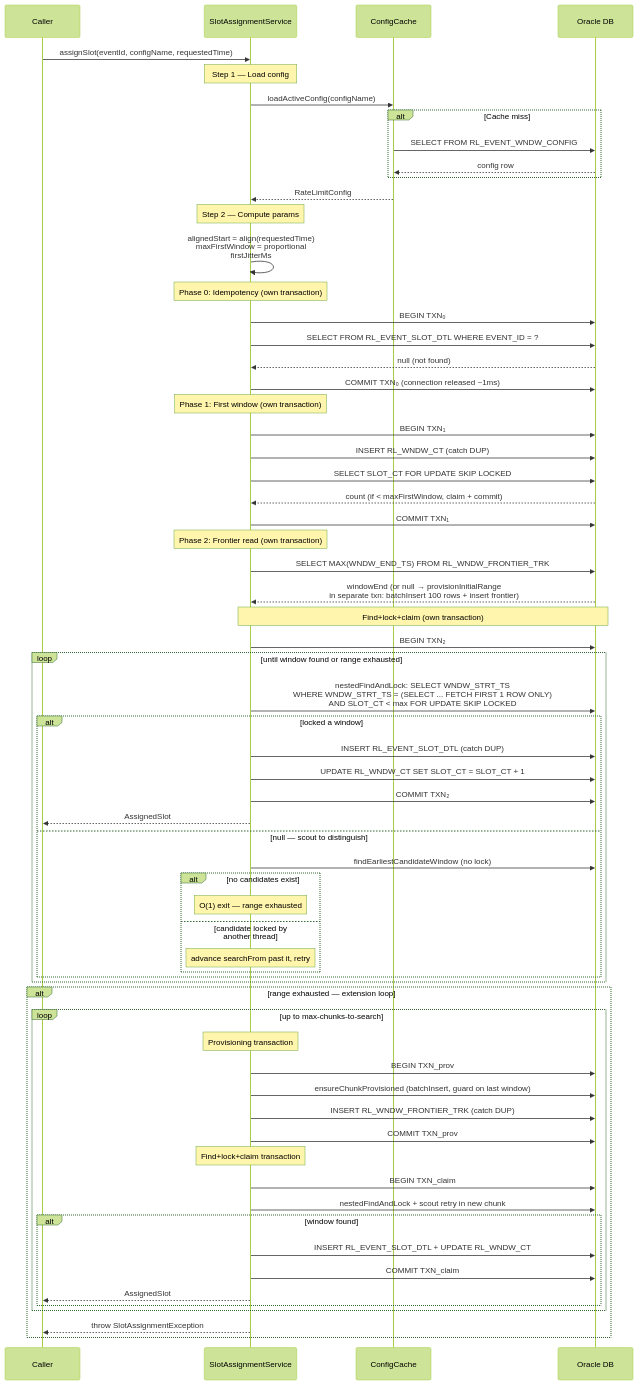
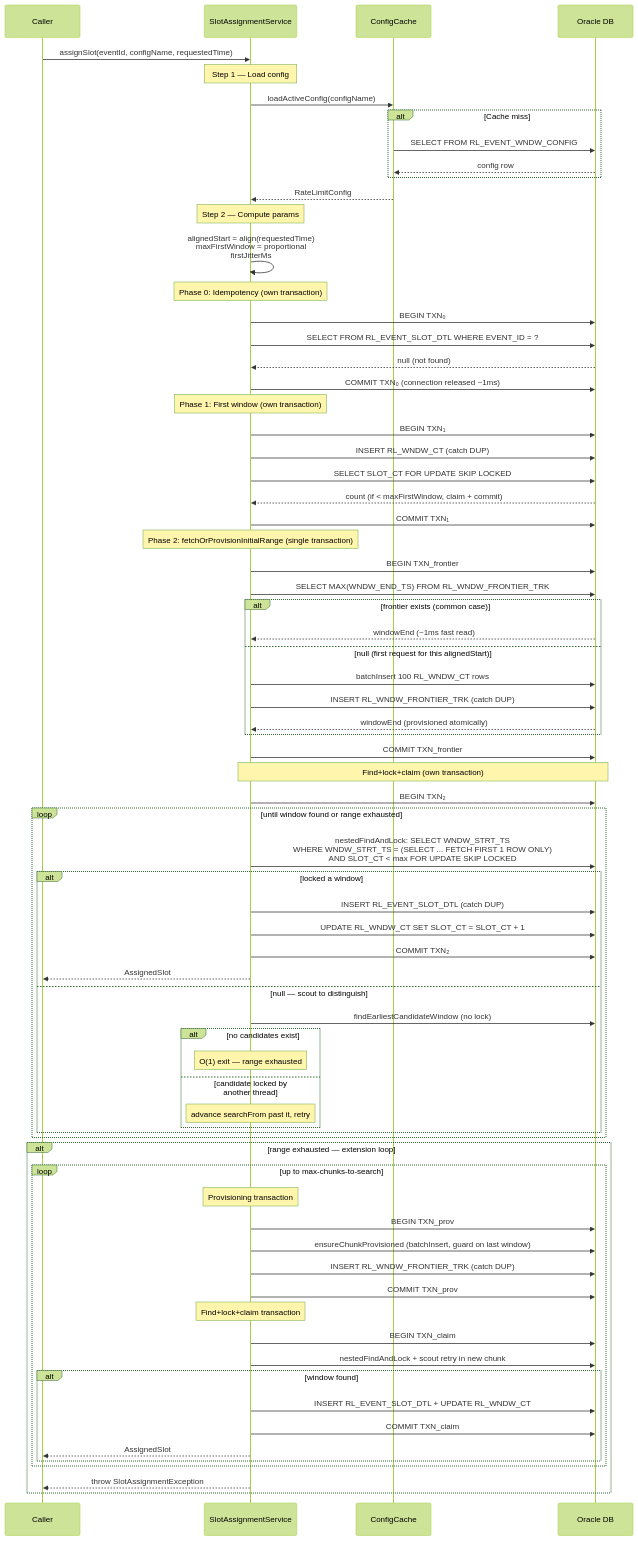
Before and after one commit to arunav-bhattacharya/rate-limiter: the first of 2 diagrams in README.md, drawn with Mermaid (forest theme). The commit also changed other lines of this file and 3 other files, not shown here.

```diff
--- a/README.md
+++ b/README.md
@@ -344,9 +344,17 @@
     DB-->>SAS: count (if < maxFirstWindow, claim + commit)
     SAS->>DB: COMMIT TXN₁
 
-    Note over SAS: Phase 2: Frontier read (own transaction)
+    Note over SAS: Phase 2: fetchOrProvisionInitialRange (single transaction)
+    SAS->>DB: BEGIN TXN_frontier
     SAS->>DB: SELECT MAX(WNDW_END_TS) FROM RL_WNDW_FRONTIER_TRK
-    DB-->>SAS: windowEnd (or null → provisionInitialRange<br/>in separate txn: batchInsert 100 rows + insert frontier)
+    alt frontier exists (common case)
+        DB-->>SAS: windowEnd (~1ms fast read)
+    else null (first request for this alignedStart)
+        SAS->>DB: batchInsert 100 RL_WNDW_CT rows
+        SAS->>DB: INSERT RL_WNDW_FRONTIER_TRK (catch DUP)
+        DB-->>SAS: windowEnd (provisioned atomically)
+    end
+    SAS->>DB: COMMIT TXN_frontier
 
     Note over SAS,DB: Find+lock+claim (own transaction)
     SAS->>DB: BEGIN TXN₂
```
